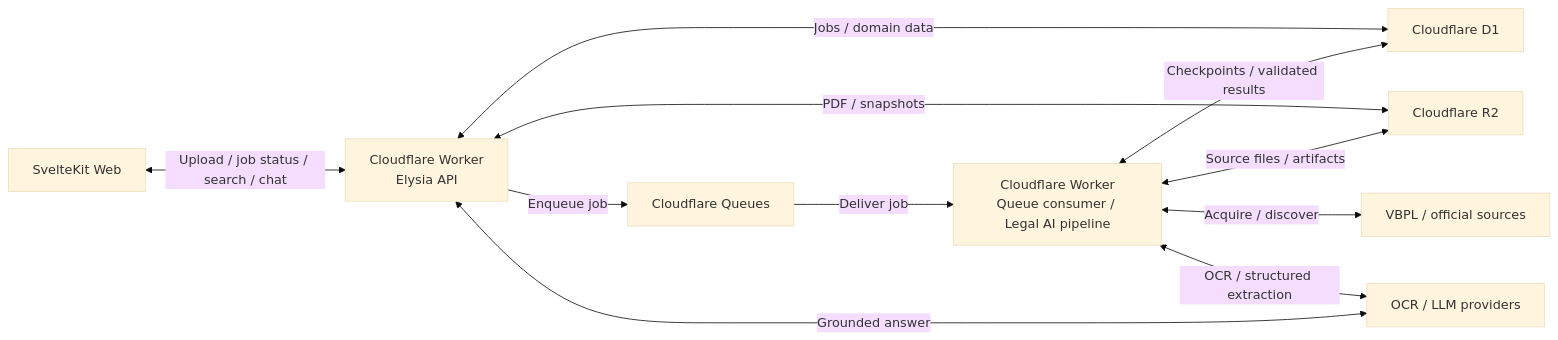
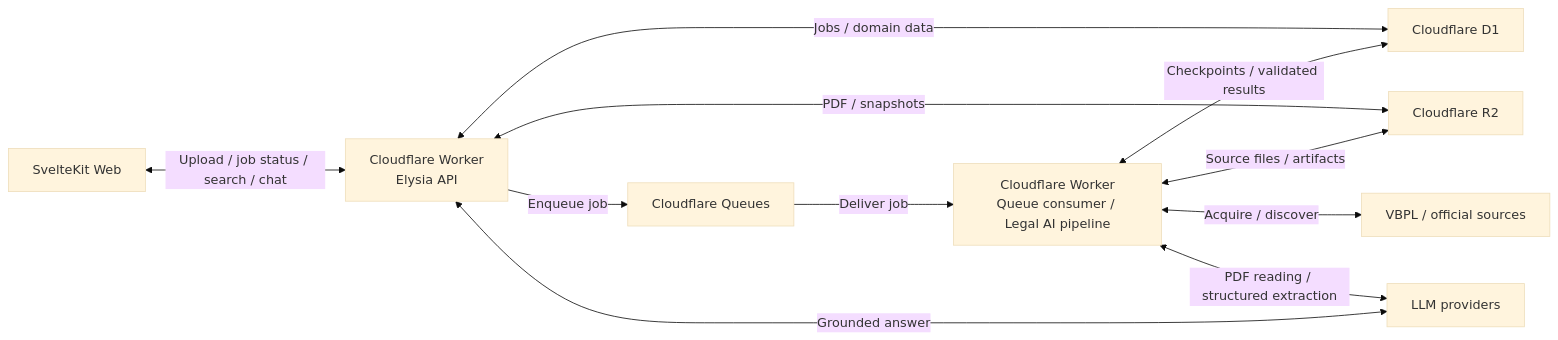
Before and after one commit to NamPE286/INT3011E_6: the sixth of 44 diagrams in docs/srs.md, drawn with Mermaid (base theme). The commit also changed other lines of this file and 1 other file, not shown here.

First line of the commit message:
docs(srs): align with LLM-only PDF reading and the implemented MCP tools

````diff
--- a/docs/srs.md
+++ b/docs/srs.md
@@ -468,13 +472,13 @@
 ```mermaid
 flowchart LR
     Web["SvelteKit Web"] <-->|"Upload / job status / search / chat"| API["Cloudflare Worker<br/>Elysia API"]
     API <-->|"Jobs / domain data"| D1["Cloudflare D1"]
     API <-->|"PDF / snapshots"| R2["Cloudflare R2"]
     API -->|"Enqueue job"| Queue["Cloudflare Queues"]
     Queue -->|"Deliver job"| Consumer["Cloudflare Worker<br/>Queue consumer / Legal AI pipeline"]
     Consumer <-->|"Checkpoints / validated results"| D1
     Consumer <-->|"Source files / artifacts"| R2
     Consumer <-->|"Acquire / discover"| Source["VBPL / official sources"]
-    Consumer <-->|"OCR / structured extraction"| AI["OCR / LLM providers"]
+    Consumer <-->|"PDF reading / structured extraction"| AI["LLM providers"]
     API <-->|"Grounded answer"| AI
 ```
````
